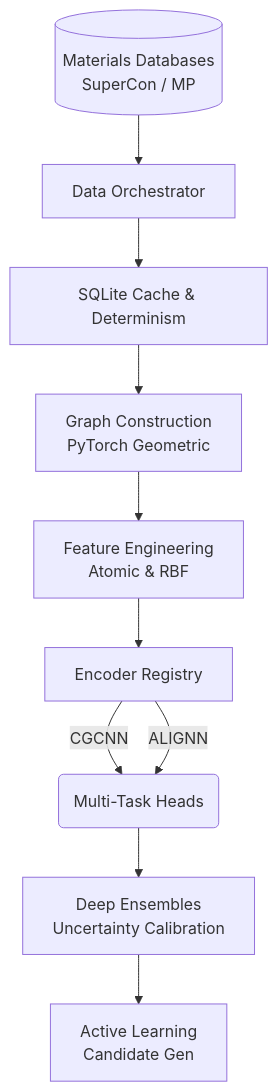
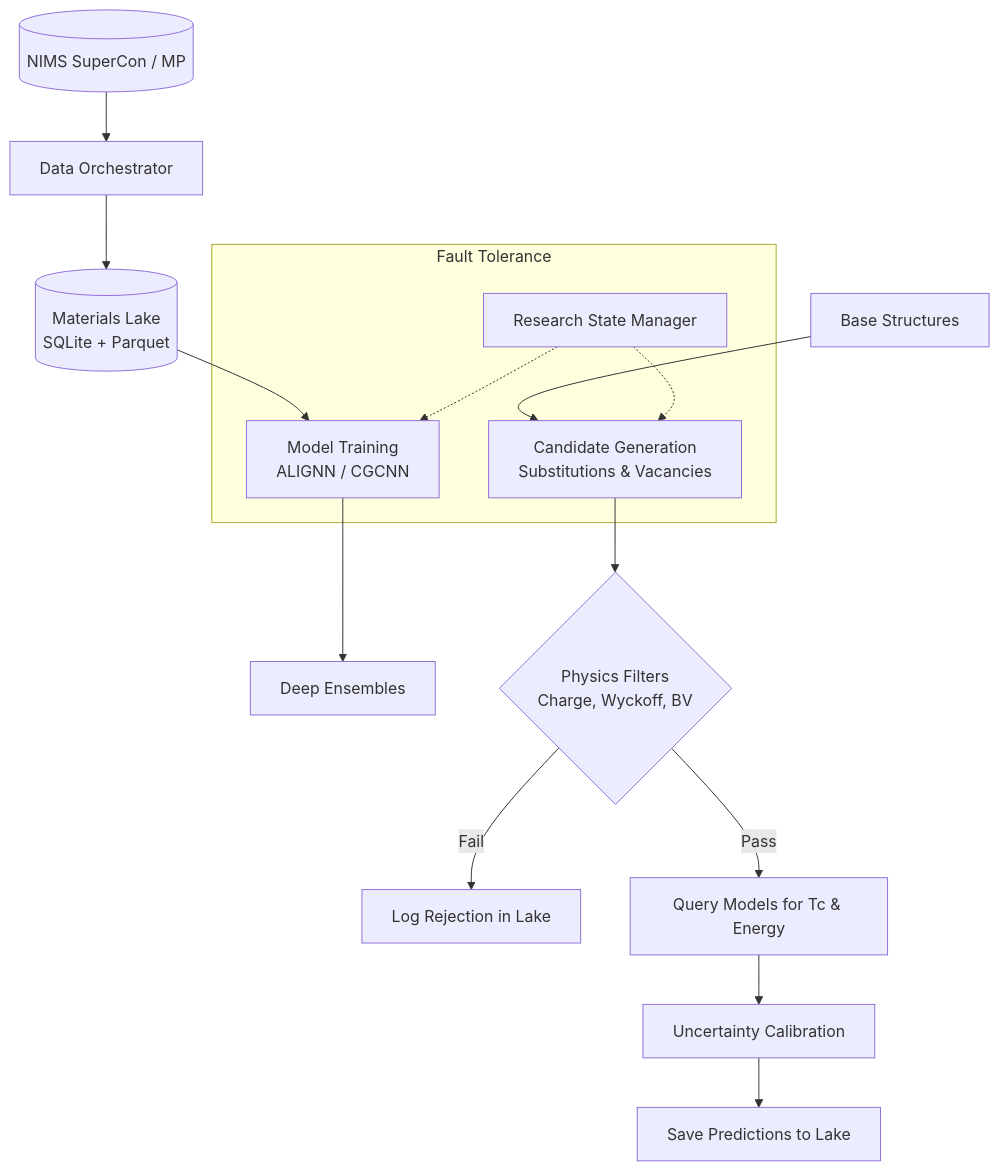
One commit to RYuK006/Q-MATIS changed the diagram in README.md. Above: the diagram before and after it, drawn with Mermaid. The commit also changed other lines of this file, not shown here.

````diff
--- a/README.md
+++ b/README.md
@@ -45,12 +65,20 @@
 ```mermaid
 graph TD
-    A[(Materials Databases\nSuperCon / MP)] --> B[Data Orchestrator]
-    B --> C[SQLite Cache & Determinism]
-    C --> D[Graph Construction\nPyTorch Geometric]
-    D --> E[Feature Engineering\nAtomic & RBF]
-    E --> F[Encoder Registry]
-    F -->|CGCNN| G(Multi-Task Heads)
-    F -->|ALIGNN| G
-    G --> H[Deep Ensembles\nUncertainty Calibration]
-    H --> I[Active Learning\nCandidate Gen]
+    A[(NIMS SuperCon / MP)] --> B[Data Orchestrator]
+    B --> C[(Materials Lake\nSQLite + Parquet)]
+    
+    C --> D[Model Training\nALIGNN / CGCNN]
+    D --> E[Deep Ensembles]
+    
+    F[Base Structures] --> G[Candidate Generation\nSubstitutions & Vacancies]
+    G --> H{Physics Filters\nCharge, Wyckoff, BV}
+    H -->|Fail| I[Log Rejection in Lake]
+    H -->|Pass| J[Query Models for Tc & Energy]
+    J --> K[Uncertainty Calibration]
+    K --> L[Save Predictions to Lake]
+    
+    subgraph Fault Tolerance
+        M[Research State Manager] -.-> D
+        M -.-> G
+    end
 ```
````
